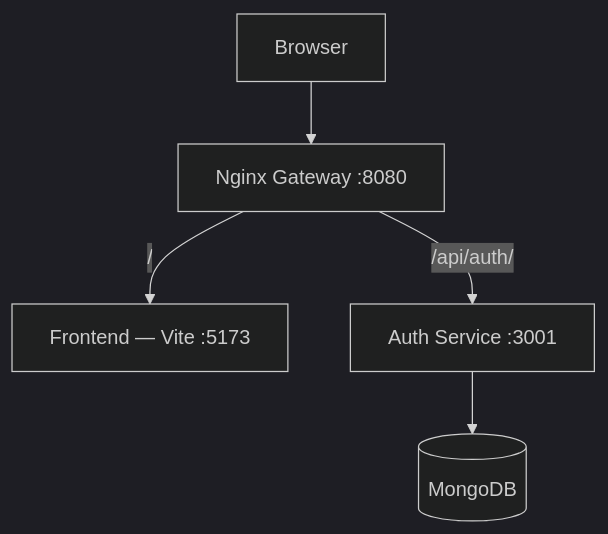
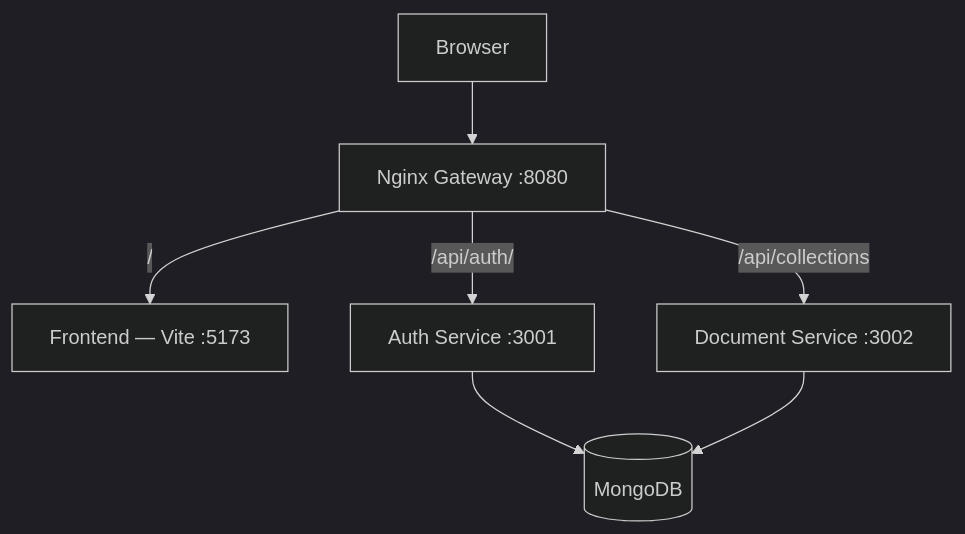
One commit to mar1-hh/DocMInd changed the diagram in README.md. Above: the diagram before and after it, drawn with Mermaid (dark theme). The commit also changed other lines of this file and 39 other files, not shown here.

Commit message:
Add collections service and dashboard with resilient gateway routing

````diff
--- a/README.md
+++ b/README.md
@@ -53,7 +53,9 @@
 ```mermaid
 flowchart TD
     Browser["Browser"] --> Gateway["Nginx Gateway :8080"]
     Gateway -->|"/"| Frontend["Frontend — Vite :5173"]
     Gateway -->|"/api/auth/"| Auth["Auth Service :3001"]
+    Gateway -->|"/api/collections"| Documents["Document Service :3002"]
     Auth --> Mongo[("MongoDB")]
+    Documents --> Mongo
 ```
````
